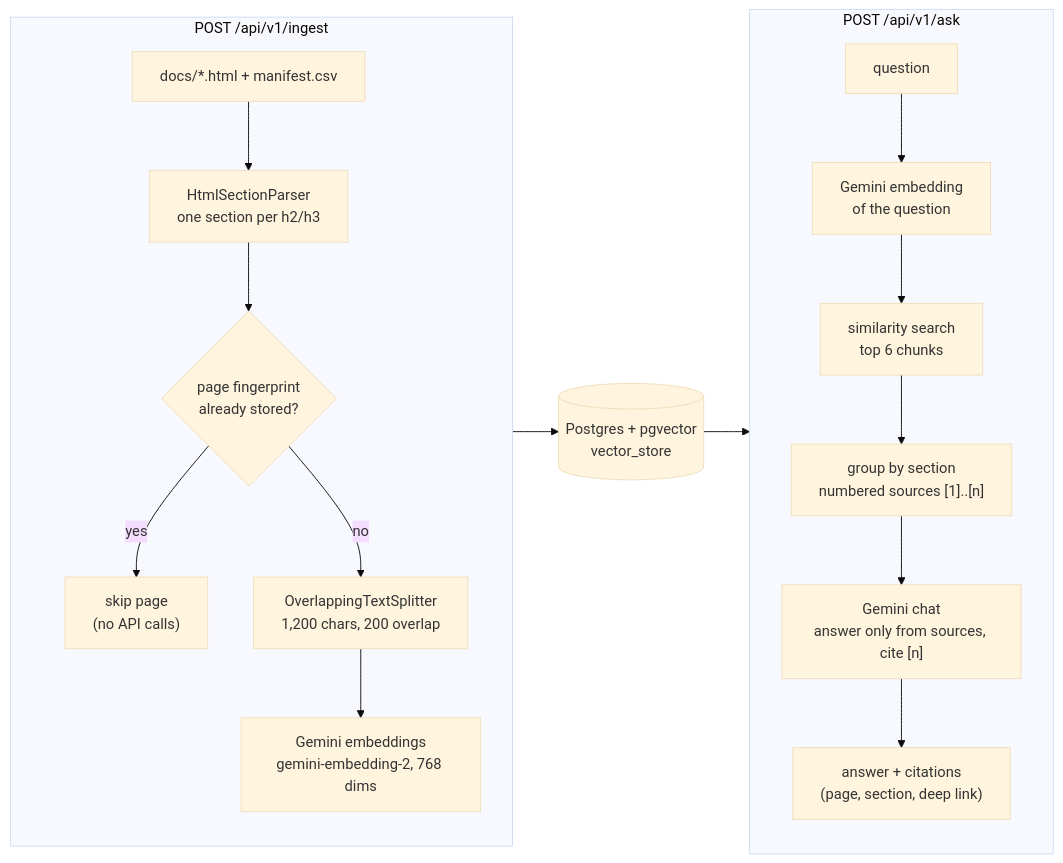
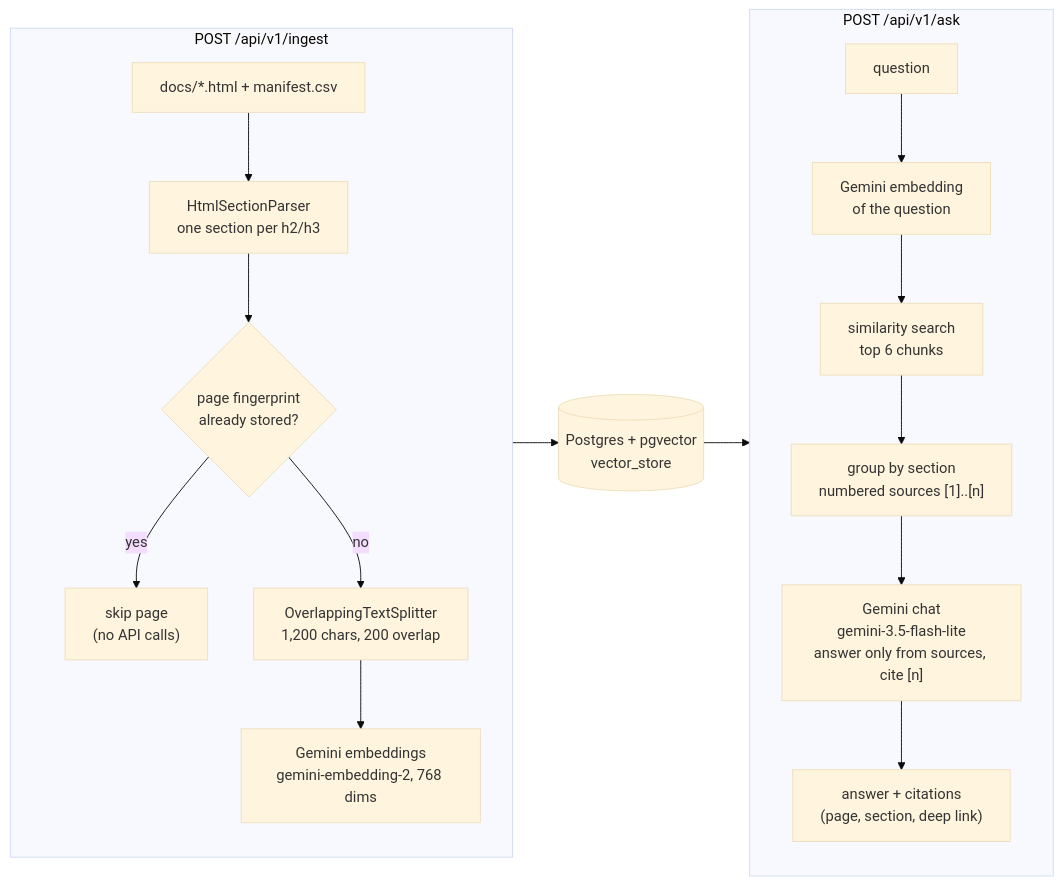
One commit to shambhavishashi15/spring-docs-rag changed the diagram in README.md. Above: the diagram before and after it, drawn with Mermaid (base theme). The commit also changed other lines of this file and 3 other files, not shown here.

First line of the commit message:
Switch the default chat model to gemini-3.5-flash-lite

````diff
--- a/README.md
+++ b/README.md
@@ -11,21 +11,21 @@
 ```mermaid
 flowchart LR
     subgraph ingest["POST /api/v1/ingest"]
         direction TB
         D["docs/*.html + manifest.csv"] --> P["HtmlSectionParser<br/>one section per h2/h3"]
         P --> F{"page fingerprint<br/>already stored?"}
         F -- yes --> S["skip page<br/>(no API calls)"]
         F -- no --> T["OverlappingTextSplitter<br/>1,200 chars, 200 overlap"]
         T --> E["Gemini embeddings<br/>gemini-embedding-2, 768 dims"]
     end
     subgraph ask["POST /api/v1/ask"]
         direction TB
         Q["question"] --> QE["Gemini embedding<br/>of the question"]
         QE --> R["similarity search<br/>top 6 chunks"]
         R --> G["group by section<br/>numbered sources [1]..[n]"]
-        G --> C["Gemini chat<br/>answer only from sources, cite [n]"]
+        G --> C["Gemini chat<br/>gemini-3.5-flash-lite<br/>answer only from sources, cite [n]"]
         C --> A["answer + citations<br/>(page, section, deep link)"]
     end
     E --> V[("Postgres + pgvector<br/>vector_store")]
     V --> R
 ```
````
